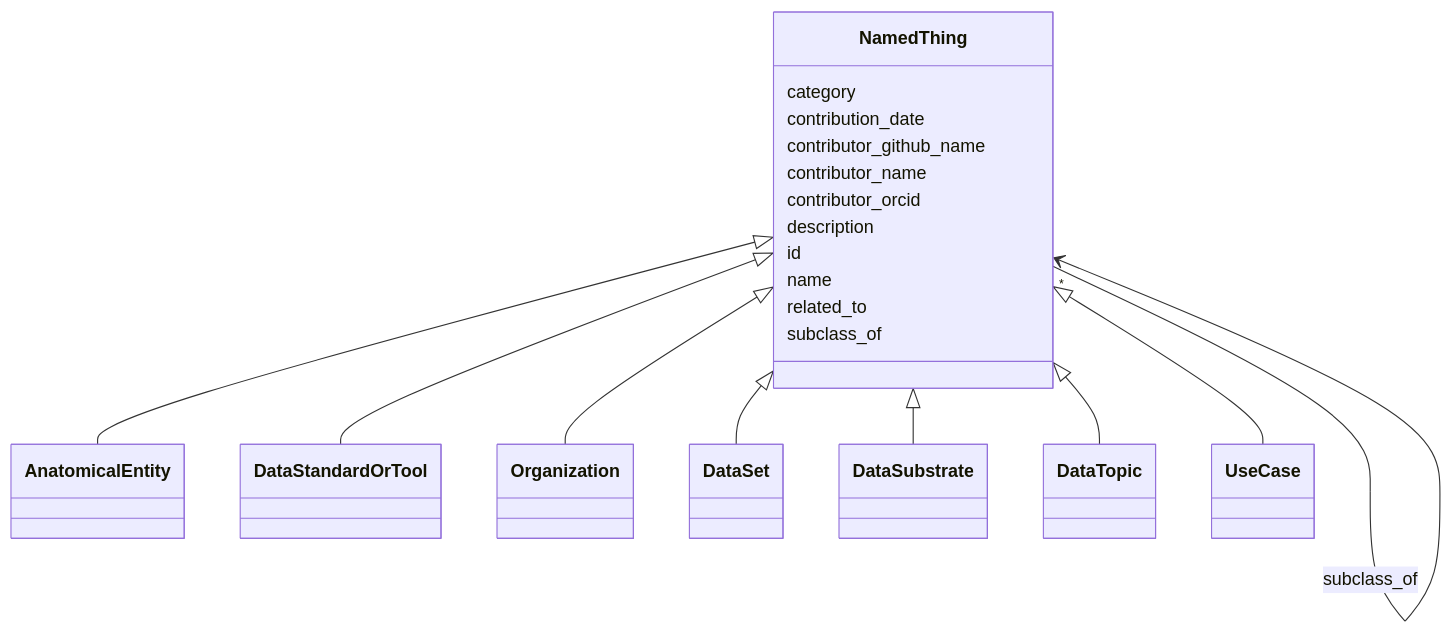
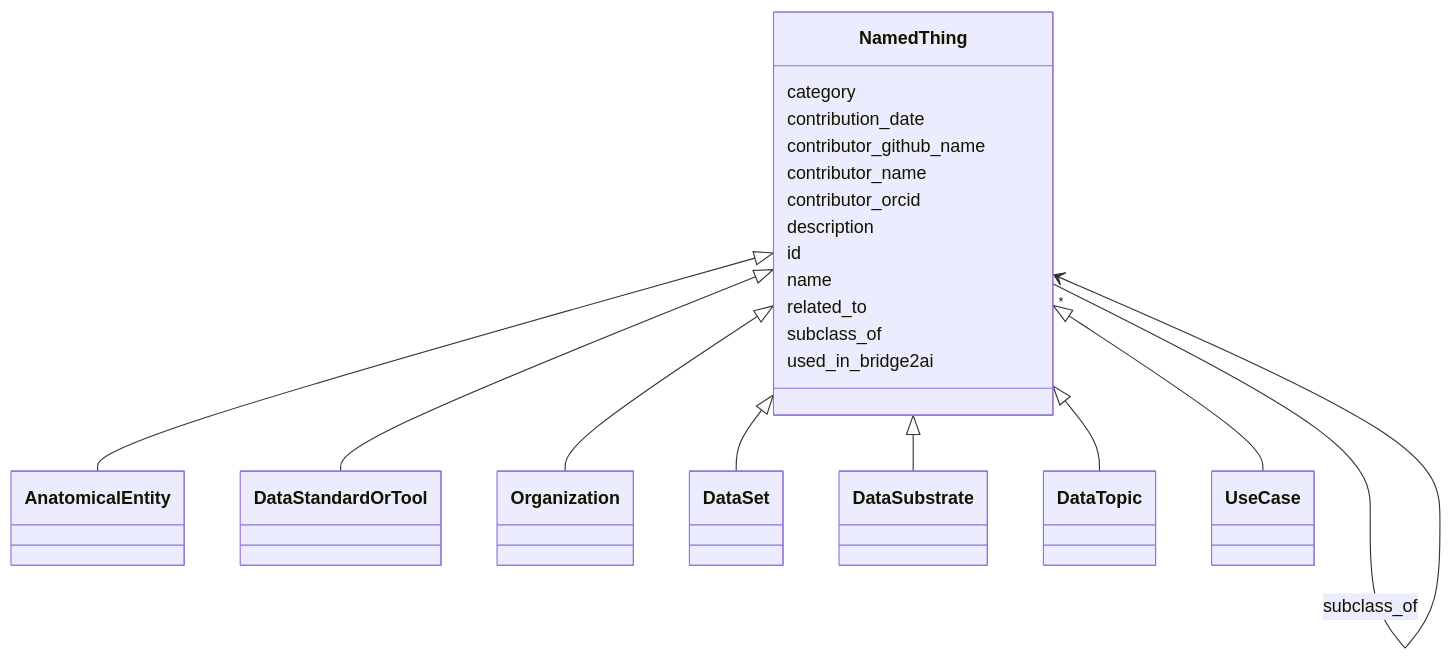
Before and after one commit to bridge2ai/standards-schemas: the diagram in docs/NamedThing.md, drawn with Mermaid. The commit also changed other lines of this file and 44 other files, not shown here.

````diff
--- a/docs/NamedThing.md
+++ b/docs/NamedThing.md
@@ -19,55 +19,57 @@
 ```mermaid
  classDiagram
     class NamedThing
     click NamedThing href "../NamedThing"
       NamedThing <|-- AnatomicalEntity
         click AnatomicalEntity href "../AnatomicalEntity"
       NamedThing <|-- DataStandardOrTool
         click DataStandardOrTool href "../DataStandardOrTool"
       NamedThing <|-- Organization
         click Organization href "../Organization"
       NamedThing <|-- DataSet
         click DataSet href "../DataSet"
       NamedThing <|-- DataSubstrate
         click DataSubstrate href "../DataSubstrate"
       NamedThing <|-- DataTopic
         click DataTopic href "../DataTopic"
       NamedThing <|-- UseCase
         click UseCase href "../UseCase"
       
       NamedThing : category
         
       NamedThing : contribution_date
         
       NamedThing : contributor_github_name
         
       NamedThing : contributor_name
         
       NamedThing : contributor_orcid
         
       NamedThing : description
         
       NamedThing : id
         
       NamedThing : name
         
       NamedThing : related_to
         
           
     
     
     NamedThing --> "*" NamedThing : related_to
     click NamedThing href "../NamedThing"
 
         
       NamedThing : subclass_of
         
           
     
     
     NamedThing --> "*" NamedThing : subclass_of
     click NamedThing href "../NamedThing"
 
         
+      NamedThing : used_in_bridge2ai
+        
       
 ```
````
